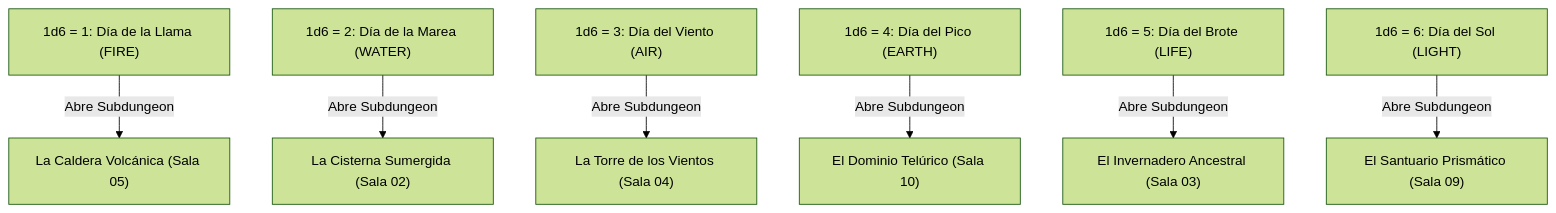
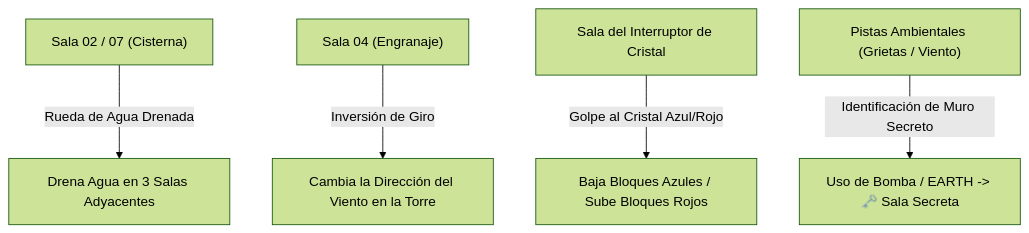
Before and after one commit to linkmati/ShivathLyss: the diagram in 7 - DM/OneShots/ARepeat/02-Relaciones_Inter_Salas_y_Matriz.md, drawn with Mermaid (forest theme). The commit also changed other lines of this file and 1 other file, not shown here.

````diff
--- a/7 - DM/OneShots/ARepeat/02-Relaciones_Inter_Salas_y_Matriz.md
+++ b/7 - DM/OneShots/ARepeat/02-Relaciones_Inter_Salas_y_Matriz.md
@@ -14,9 +37,7 @@
 ```mermaid
 graph TD
-    D1["1d6 = 1: Día de la Llama (FIRE)"] -->|"Abre Subdungeon"| S1["La Caldera Volcánica (Sala 05)"]
-    D2["1d6 = 2: Día de la Marea (WATER)"] -->|"Abre Subdungeon"| S2["La Cisterna Sumergida (Sala 02)"]
-    D3["1d6 = 3: Día del Viento (AIR)"] -->|"Abre Subdungeon"| S3["La Torre de los Vientos (Sala 04)"]
-    D4["1d6 = 4: Día del Pico (EARTH)"] -->|"Abre Subdungeon"| S4["El Dominio Telúrico (Sala 10)"]
-    D5["1d6 = 5: Día del Brote (LIFE)"] -->|"Abre Subdungeon"| S5["El Invernadero Ancestral (Sala 03)"]
-    D6["1d6 = 6: Día del Sol (LIGHT)"] -->|"Abre Subdungeon"| S6["El Santuario Prismático (Sala 09)"]
+    A["Sala 02 / 07 (Cisterna)"] -->|"Rueda de Agua Drenada"| B["Drena Agua en 3 Salas Adyacentes"]
+    C["Sala 04 (Engranaje)"] -->|"Inversión de Giro"| D["Cambia la Dirección del Viento en la Torre"]
+    E["Sala del Interruptor de Cristal"] -->|"Golpe al Cristal Azul/Rojo"| F["Baja Bloques Azules / Sube Bloques Rojos"]
+    G["Pistas Ambientales (Grietas / Viento)"] -->|"Identificación de Muro Secreto"| H["Uso de Bomba / EARTH -> 🗝️ Sala Secreta"]
 ```
````
